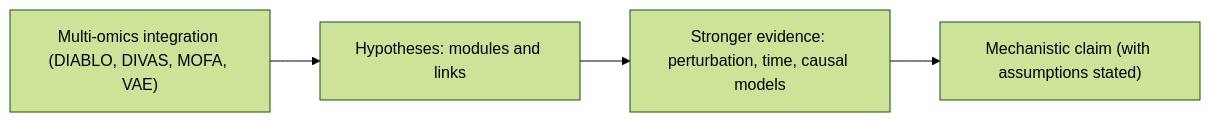
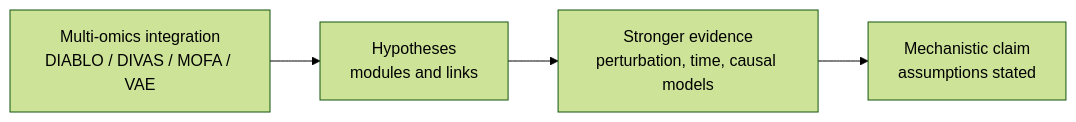
Before and after one commit to Brothers15691/Multi-omics: the third of 3 diagrams in README.md, drawn with Mermaid (forest theme).

Commit message:
Improve Mermaid node label wrapping

````diff
--- a/README.md
+++ b/README.md
@@ -183,6 +183,6 @@
 ```mermaid
 flowchart LR
-  A["Multi-omics integration (DIABLO, DIVAS, MOFA, VAE)"] --> B["Hypotheses: modules and links"]
-  B --> C["Stronger evidence: perturbation, time, causal models"]
-  C --> D["Mechanistic claim (with assumptions stated)"]
+  A["Multi-omics integration<br>DIABLO / DIVAS / MOFA / VAE"] --> B["Hypotheses<br>modules and links"]
+  B --> C["Stronger evidence<br>perturbation, time, causal models"]
+  C --> D["Mechanistic claim<br>assumptions stated"]
 ```
````
